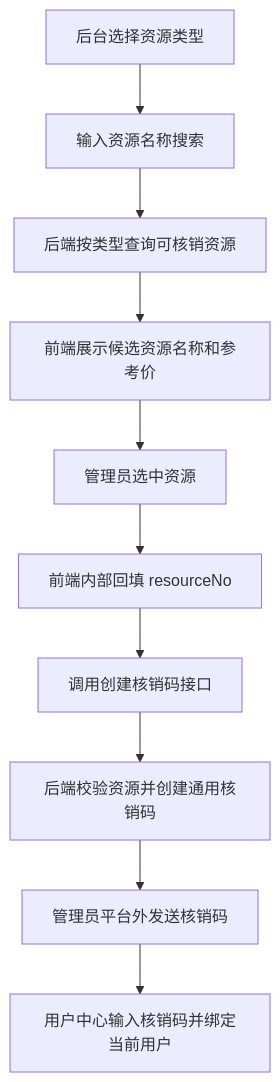
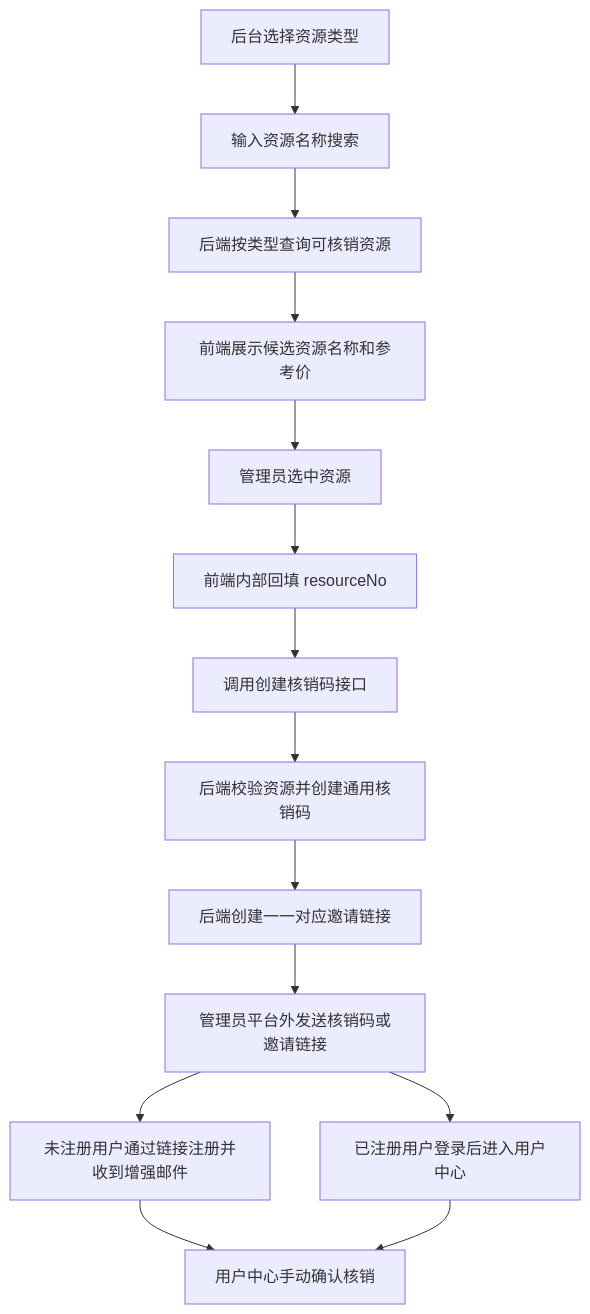
Before and after one commit to heroyang1/myself-project: the diagram in openspec/changes/redeem-code-resource-search/design.md, drawn with Mermaid. The commit also changed other lines of this file and 26 other files, not shown here.

````diff
--- a/openspec/changes/redeem-code-resource-search/design.md
+++ b/openspec/changes/redeem-code-resource-search/design.md
@@ -41,12 +47,16 @@
 ```mermaid
 flowchart TD
   A["后台选择资源类型"] --> B["输入资源名称搜索"]
   B --> C["后端按类型查询可核销资源"]
   C --> D["前端展示候选资源名称和参考价"]
   D --> E["管理员选中资源"]
   E --> F["前端内部回填 resourceNo"]
   F --> G["调用创建核销码接口"]
   G --> H["后端校验资源并创建通用核销码"]
-  H --> I["管理员平台外发送核销码"]
-  I --> J["用户中心输入核销码并绑定当前用户"]
+  H --> I["后端创建一一对应邀请链接"]
+  I --> J["管理员平台外发送核销码或邀请链接"]
+  J --> K["未注册用户通过链接注册并收到增强邮件"]
+  J --> L["已注册用户登录后进入用户中心"]
+  K --> M["用户中心手动确认核销"]
+  L --> M
 ```
````
